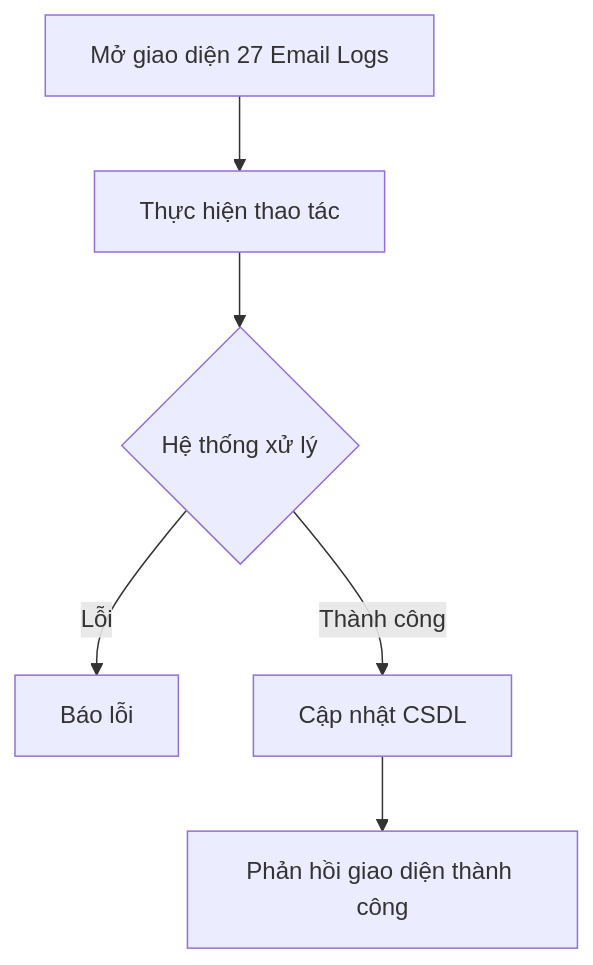
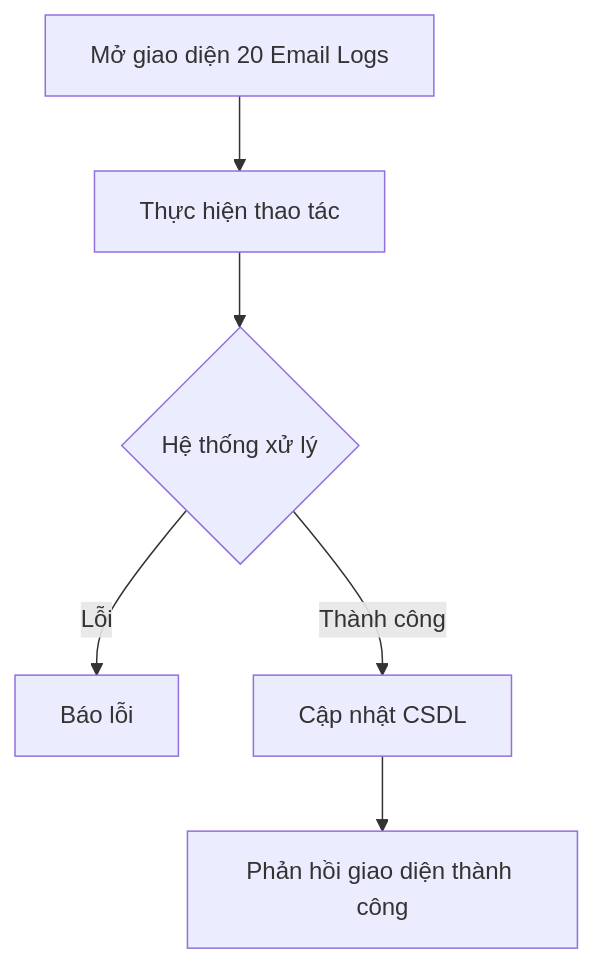
The diagram in nghiep_vu/epic-04_Pipeline_Automation/user-story-20_Email_Logs/user-story.md (VanHaPtit/EasyTech_FE), drawn with Mermaid before and after one commit. The commit also changed other lines of this file and 31 other files, not shown here.

````diff
--- a/nghiep_vu/epic-04_Pipeline_Automation/user-story-20_Email_Logs/user-story.md
+++ b/nghiep_vu/epic-04_Pipeline_Automation/user-story-20_Email_Logs/user-story.md
@@ -11,8 +11,8 @@
 ```mermaid
 graph TD
-    A[Mở giao diện 27 Email Logs] --> B[Thực hiện thao tác]
+    A[Mở giao diện 20 Email Logs] --> B[Thực hiện thao tác]
     B --> C{Hệ thống xử lý}
     C -- Lỗi --> D[Báo lỗi]
     C -- Thành công --> E[Cập nhật CSDL]
     E --> F[Phản hồi giao diện thành công]
 ```
````
